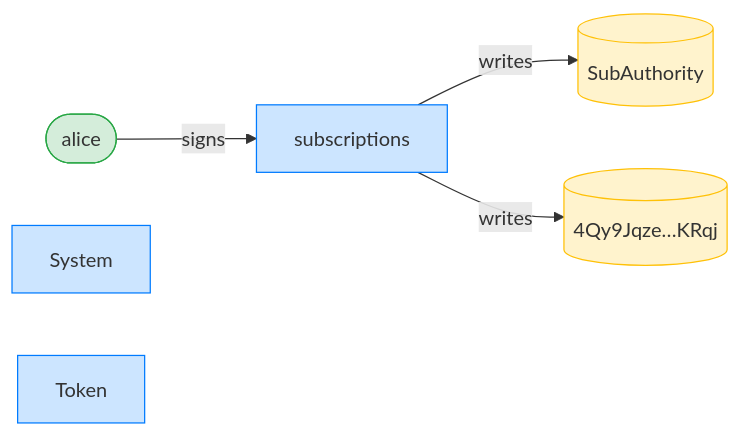
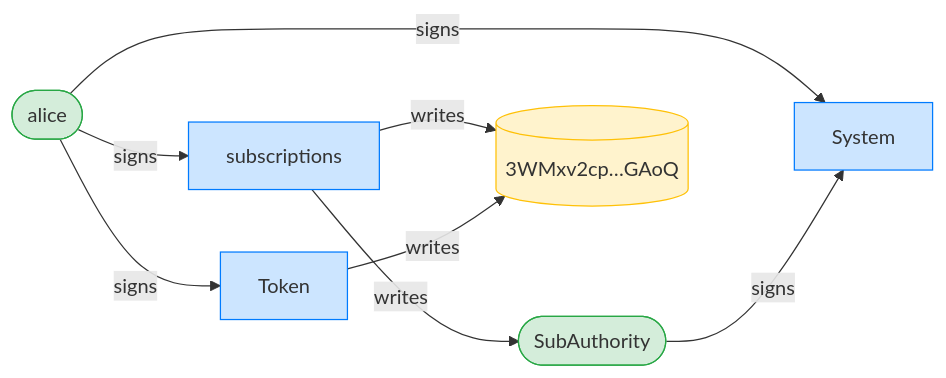
Before and after one commit to cds-rs/subscriptions: the third of 12 diagrams in dsl_tests/recurring-transfer-to-a-third-party.md, drawn with Mermaid. The commit also changed other lines of this file and 224 other files, not shown here.

````diff
--- a/dsl_tests/recurring-transfer-to-a-third-party.md
+++ b/dsl_tests/recurring-transfer-to-a-third-party.md
@@ -55,15 +56,19 @@
 ```mermaid
 flowchart LR
     classDef signer fill:#d4edda,stroke:#28a745;
     classDef program fill:#cce5ff,stroke:#007bff;
     classDef writable fill:#fff3cd,stroke:#ffc107;
     subscriptions[subscriptions]:::program
     alice([alice]):::signer
-    SubAuthority[(SubAuthority)]:::writable
-    4Qy9Jqze_KRqj[("4Qy9Jqze…KRqj")]:::writable
+    SubAuthority([SubAuthority]):::signer
+    3WMxv2cp_GAoQ[("3WMxv2cp…GAoQ")]:::writable
     System[System]:::program
     Token[Token]:::program
     alice -->|signs| subscriptions
+    alice -->|signs| System
+    SubAuthority -->|signs| System
+    alice -->|signs| Token
     subscriptions -->|writes| SubAuthority
-    subscriptions -->|writes| 4Qy9Jqze_KRqj
+    subscriptions -->|writes| 3WMxv2cp_GAoQ
+    Token -->|writes| 3WMxv2cp_GAoQ
 ```
````
